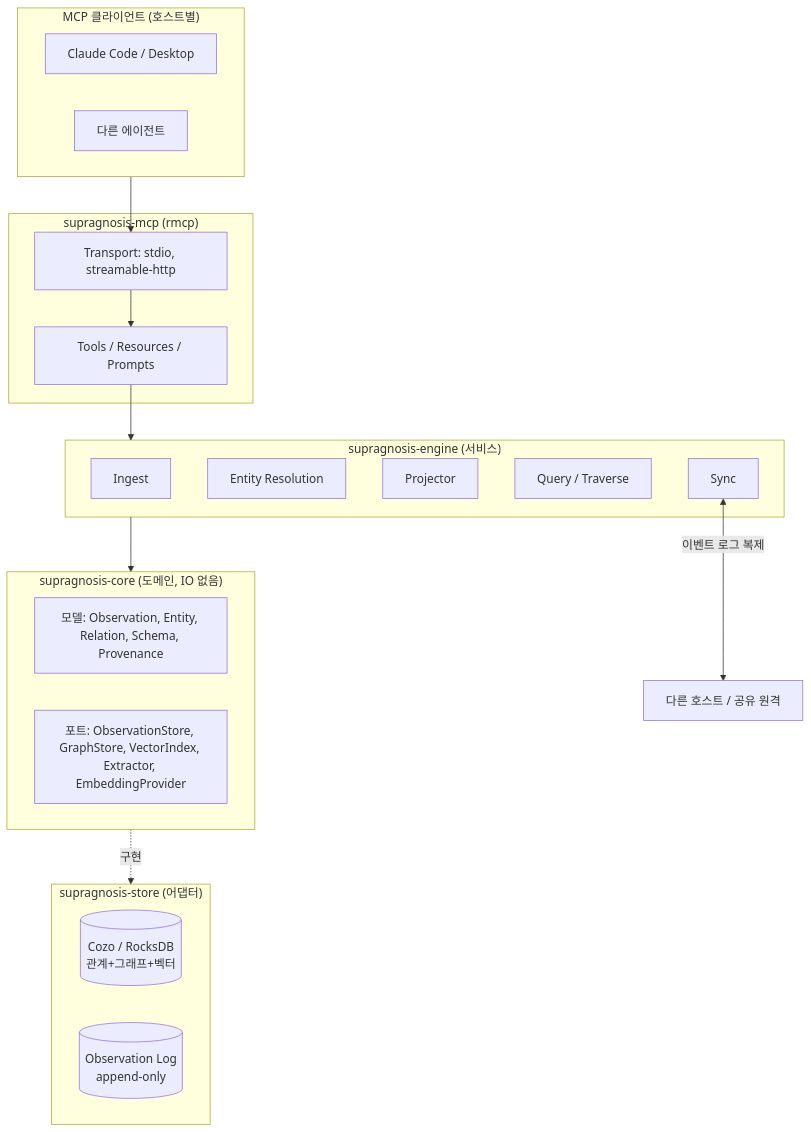
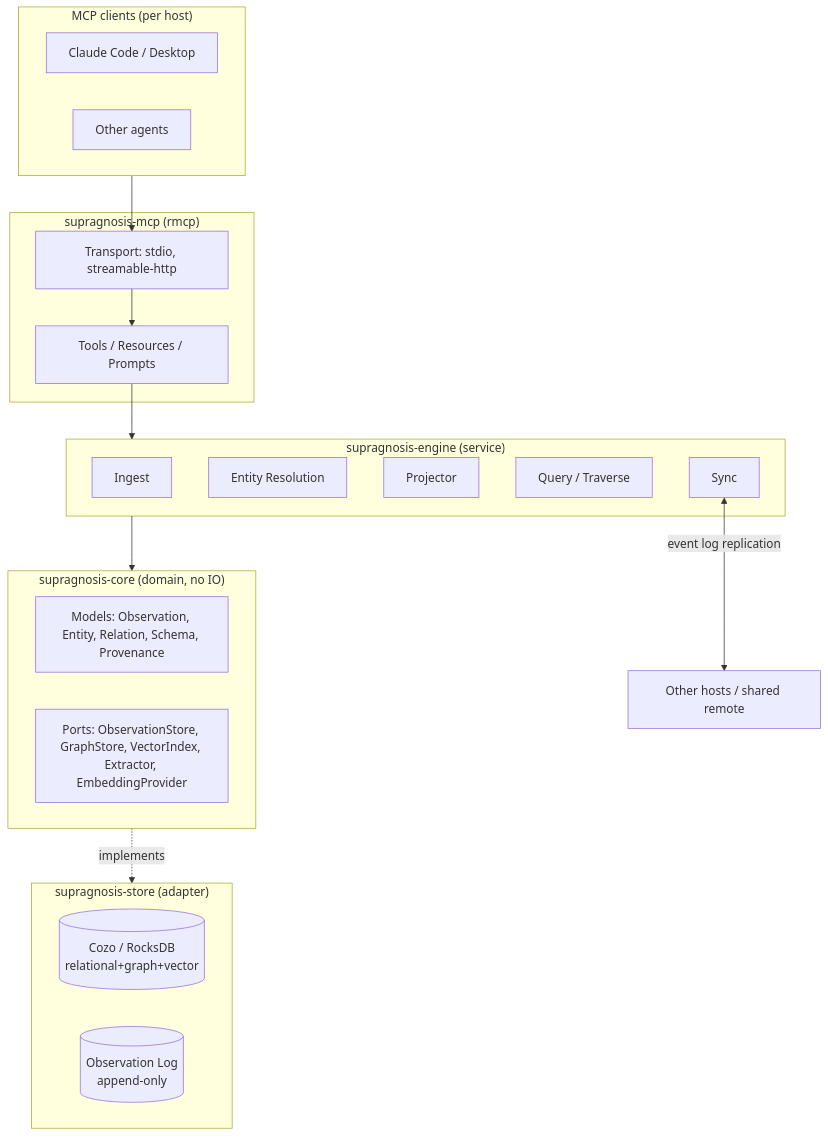
Before and after one commit to Ashon/supragnosis: the first of 3 diagrams in docs/architecture.md, drawn with Mermaid. The commit also changed other lines of this file and 5 other files, not shown here.

````diff
--- a/docs/architecture.md
+++ b/docs/architecture.md
@@ -91,30 +91,30 @@
 ```mermaid
 flowchart TB
-    subgraph Clients["MCP 클라이언트 (호스트별)"]
+    subgraph Clients["MCP clients (per host)"]
         C1["Claude Code / Desktop"]
-        C2["다른 에이전트"]
+        C2["Other agents"]
     end
     subgraph MCP["supragnosis-mcp (rmcp)"]
         T["Tools / Resources / Prompts"]
         TR["Transport: stdio, streamable-http"]
     end
-    subgraph Engine["supragnosis-engine (서비스)"]
+    subgraph Engine["supragnosis-engine (service)"]
         ING["Ingest"]
         RES["Entity Resolution"]
         PRJ["Projector"]
         QRY["Query / Traverse"]
         SYN["Sync"]
     end
-    subgraph Core["supragnosis-core (도메인, IO 없음)"]
-        M["모델: Observation, Entity, Relation, Schema, Provenance"]
-        P["포트: ObservationStore, GraphStore, VectorIndex, Extractor, EmbeddingProvider"]
+    subgraph Core["supragnosis-core (domain, no IO)"]
+        M["Models: Observation, Entity, Relation, Schema, Provenance"]
+        P["Ports: ObservationStore, GraphStore, VectorIndex, Extractor, EmbeddingProvider"]
     end
-    subgraph Store["supragnosis-store (어댑터)"]
-        DB[("Cozo / RocksDB\n관계+그래프+벡터")]
+    subgraph Store["supragnosis-store (adapter)"]
+        DB[("Cozo / RocksDB\nrelational+graph+vector")]
         LOG[("Observation Log\nappend-only")]
     end
     Clients --> TR --> T --> Engine
     Engine --> Core
-    Core -. 구현 .-> Store
-    SYN <-->|"이벤트 로그 복제"| Peers["다른 호스트 / 공유 원격"]
+    Core -. implements .-> Store
+    SYN <-->|"event log replication"| Peers["Other hosts / shared remote"]
 ```
````
